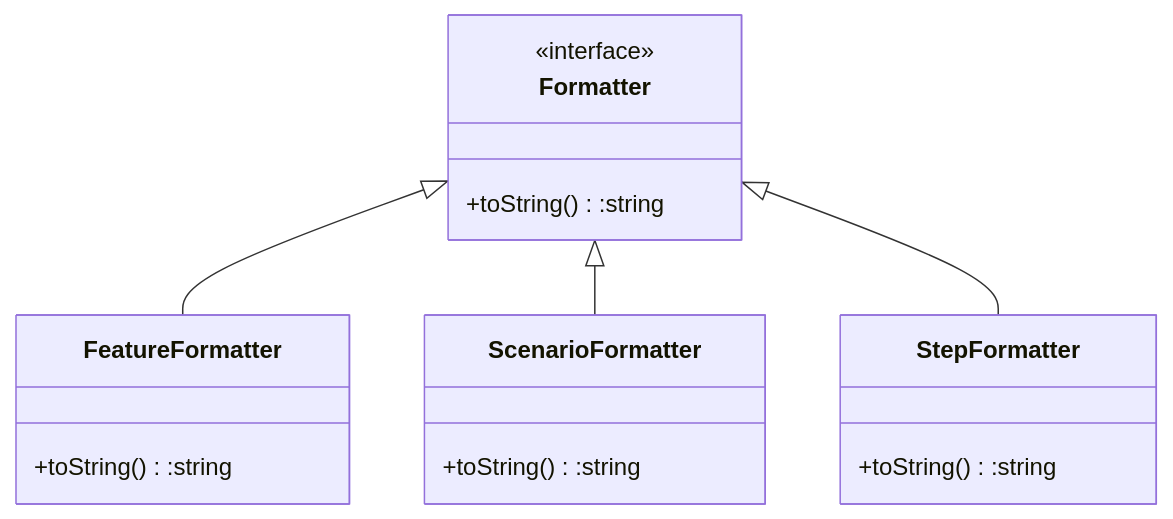
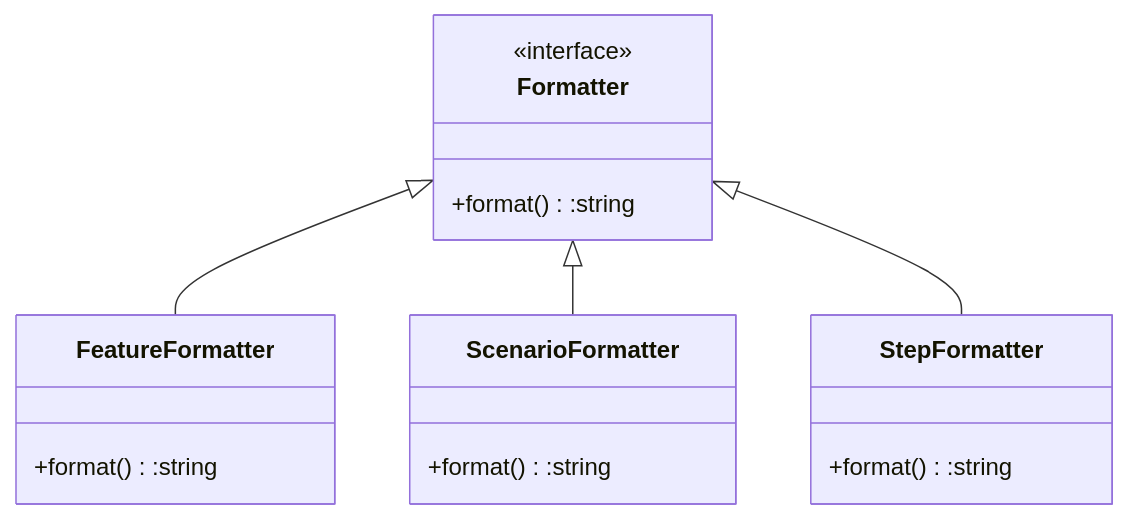
The diagram in src/mermaid.md (gherking/gherking-docs), drawn with Mermaid before and after one commit. The commit also changed other lines of this file and 4 other files, not shown here.

````diff
--- a/src/mermaid.md
+++ b/src/mermaid.md
@@ -13,19 +6,19 @@
 ```mermaid
 classDiagram
     Formatter <|-- FeatureFormatter
     Formatter <|-- ScenarioFormatter
     Formatter <|-- StepFormatter
     class Formatter{
         <<interface>>
-        +toString():string
+        +format():string
     }
     class FeatureFormatter{
-        +toString():string
+        +format():string
     }
     class ScenarioFormatter{
-        +toString():string
+        +format():string
     }
     class StepFormatter{
-        +toString():string
+        +format():string
     } 
 ```
````
